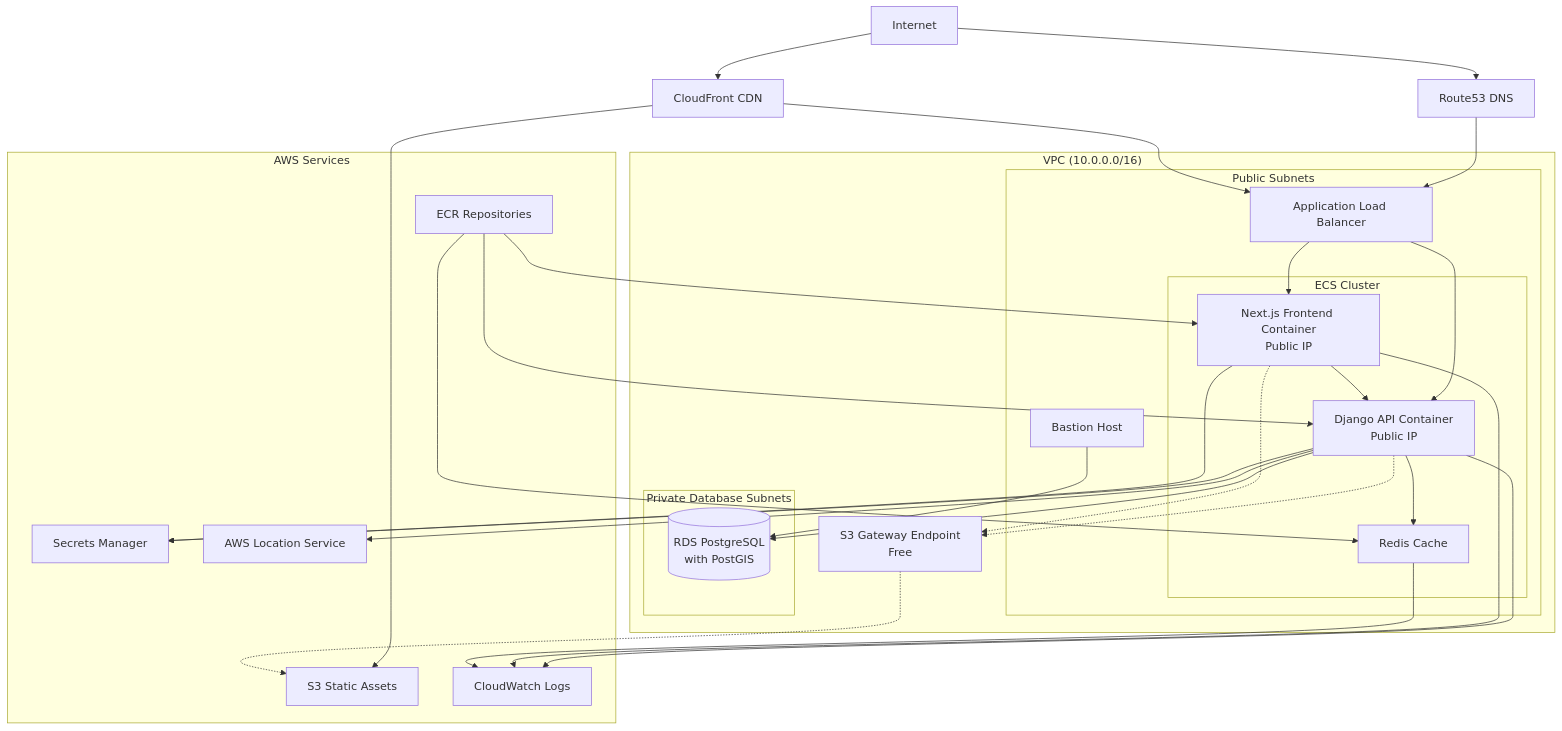
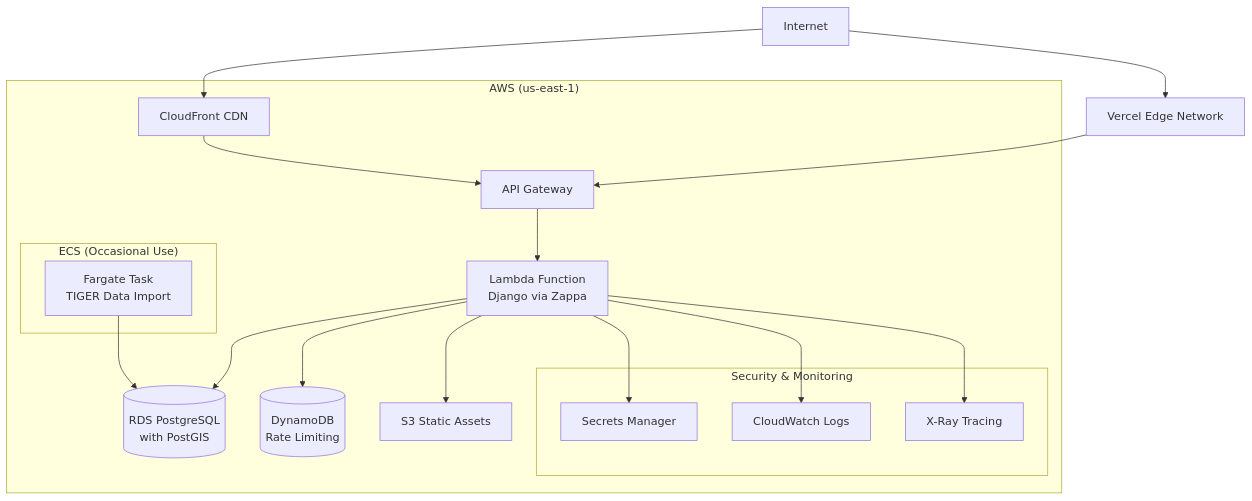
Before and after one commit to lhadjchikh/coalition-builder: the diagram in docs/deployment/aws.md, drawn with Mermaid. The commit also changed other lines of this file and 19 other files, not shown here.

````diff
--- a/docs/deployment/aws.md
+++ b/docs/deployment/aws.md
@@ -25,71 +9,33 @@
 ```mermaid
 %%{init: {'theme':'basic'}}%%
 flowchart TB
-    %% Internet
     internet[Internet] --> cloudfront[CloudFront CDN]
-    internet --> route53[Route53 DNS]
+    internet --> vercel[Vercel Edge Network]
 
-    %% DNS and CDN
-    route53 --> alb[Application Load Balancer]
-    cloudfront --> s3_assets[S3 Static Assets]
+    subgraph aws["AWS (us-east-1)"]
+        cloudfront --> apigateway[API Gateway]
+        apigateway --> lambda[Lambda Function<br/>Django via Zappa]
 
-    %% VPC Container
-    subgraph vpc["VPC (10.0.0.0/16)"]
-        %% Public Subnets
-        subgraph public["Public Subnets"]
-            alb
-            bastion[Bastion Host]
-            subgraph ecs_cluster["ECS Cluster"]
-                api[Django API Container<br/>Public IP]
-                app[Next.js Frontend Container<br/>Public IP]
-                redis[Redis Cache]
-            end
+        lambda --> rds[(RDS PostgreSQL<br/>with PostGIS)]
+        lambda --> dynamodb[(DynamoDB<br/>Rate Limiting)]
+        lambda --> s3_static[S3 Static Assets]
+
+        subgraph ecs_occasional["ECS (Occasional Use)"]
+            ecs_task[Fargate Task<br/>TIGER Data Import]
         end
 
-        %% Database Subnets
-        subgraph db_subnets["Private Database Subnets"]
-            rds[(RDS PostgreSQL<br/>with PostGIS)]
+        ecs_task --> rds
+
+        subgraph security["Security & Monitoring"]
+            secrets[Secrets Manager]
+            cloudwatch[CloudWatch Logs]
+            xray[X-Ray Tracing]
         end
 
-        %% S3 Gateway Endpoint
-        s3_endpoint[S3 Gateway Endpoint<br/>Free]
+        lambda --> secrets
+        lambda --> cloudwatch
+        lambda --> xray
     end
 
-    %% External Services
-    subgraph aws_services["AWS Services"]
-        secrets[Secrets Manager]
-        ecr[ECR Repositories]
-        cloudwatch[CloudWatch Logs]
-        s3_assets
-        location[AWS Location Service]
-    end
-
-    %% Connections
-    alb --> api
-    alb --> app
-    api --> redis
-    api --> rds
-    app --> api
-    bastion --> rds
-
-    %% CloudFront connections
-    cloudfront --> alb
-
-    %% Service connections via Internet
-    api --> secrets
-    app --> secrets
-    api --> cloudwatch
-    app --> cloudwatch
-    redis --> cloudwatch
-    api --> location
-
-    %% ECR connections via Internet
-    ecr --> api
-    ecr --> app
-    ecr --> redis
-
-    %% S3 via Gateway Endpoint
-    api -.-> s3_endpoint
-    app -.-> s3_endpoint
-    s3_endpoint -.-> s3_assets
+    vercel --> apigateway
 ```
````
